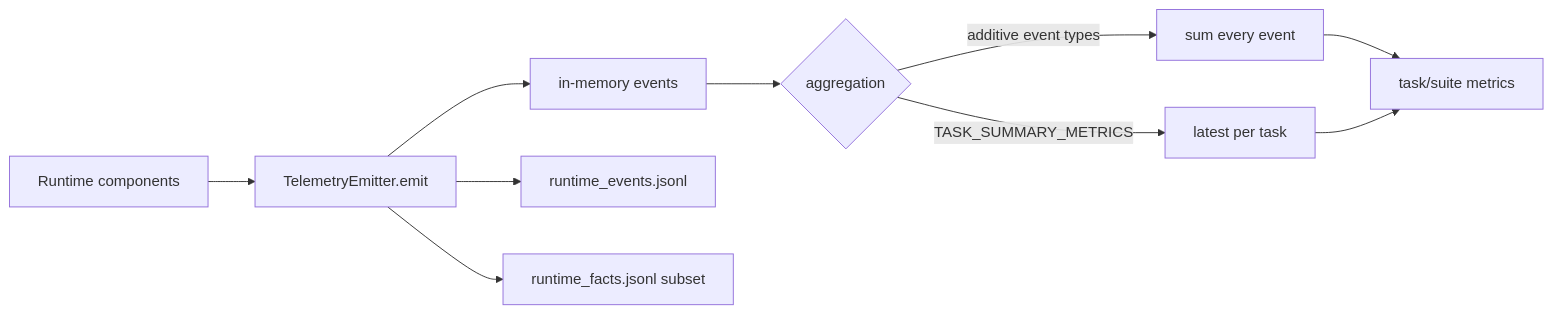
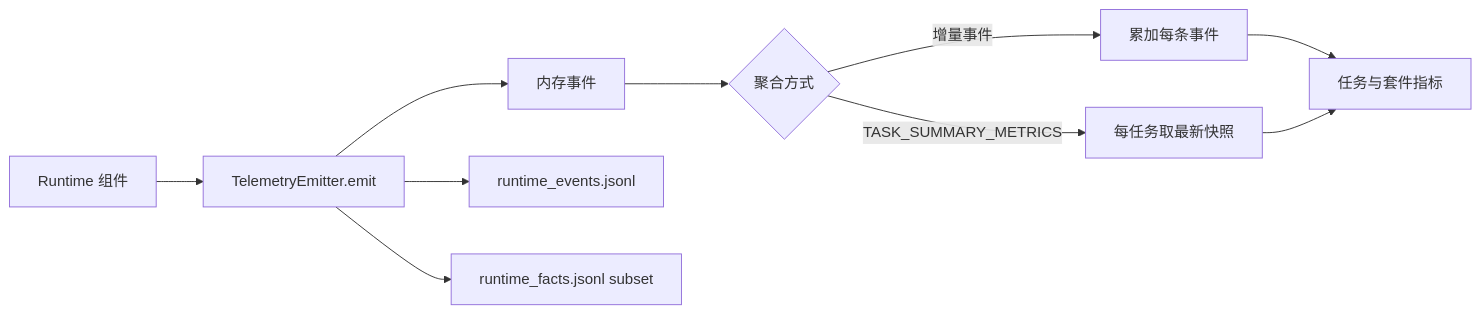
The first of 2 diagrams in docs/implementation/operations/telemetry-and-metrics.md (qcrs/os), drawn with Mermaid before and after one commit. The commit also changed other lines of this file and 77 other files, not shown here.

````diff
--- a/docs/implementation/operations/telemetry-and-metrics.md
+++ b/docs/implementation/operations/telemetry-and-metrics.md
@@ -7,12 +7,12 @@
 ```mermaid
 flowchart LR
-    R[Runtime components] --> E[TelemetryEmitter.emit]
-    E --> M[in-memory events]
+    R[Runtime 组件] --> E[TelemetryEmitter.emit]
+    E --> M[内存事件]
     E --> J[runtime_events.jsonl]
     E --> F[runtime_facts.jsonl subset]
-    M --> A{aggregation}
-    A -->|additive event types| SUM[sum every event]
-    A -->|TASK_SUMMARY_METRICS| LAST[latest per task]
-    SUM --> OUT[task/suite metrics]
+    M --> A{聚合方式}
+    A -->|增量事件| SUM[累加每条事件]
+    A -->|TASK_SUMMARY_METRICS| LAST[每任务取最新快照]
+    SUM --> OUT[任务与套件指标]
     LAST --> OUT
 ```
````
